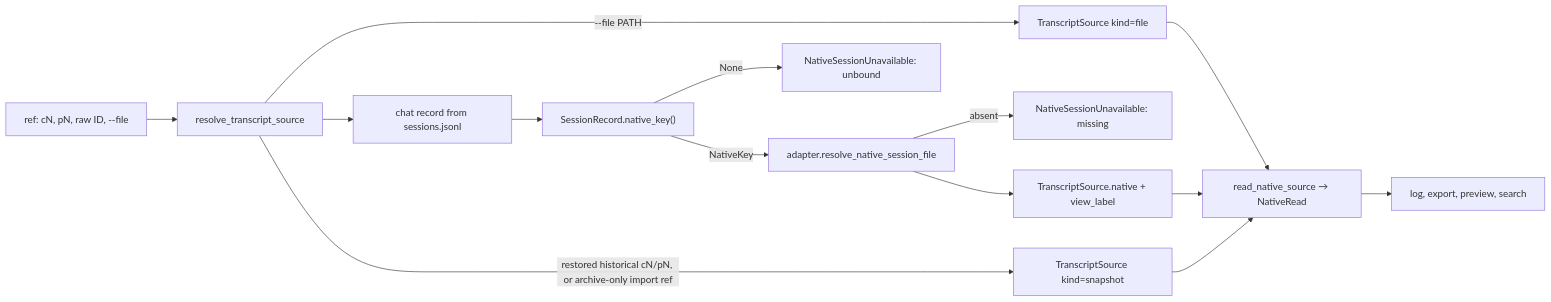
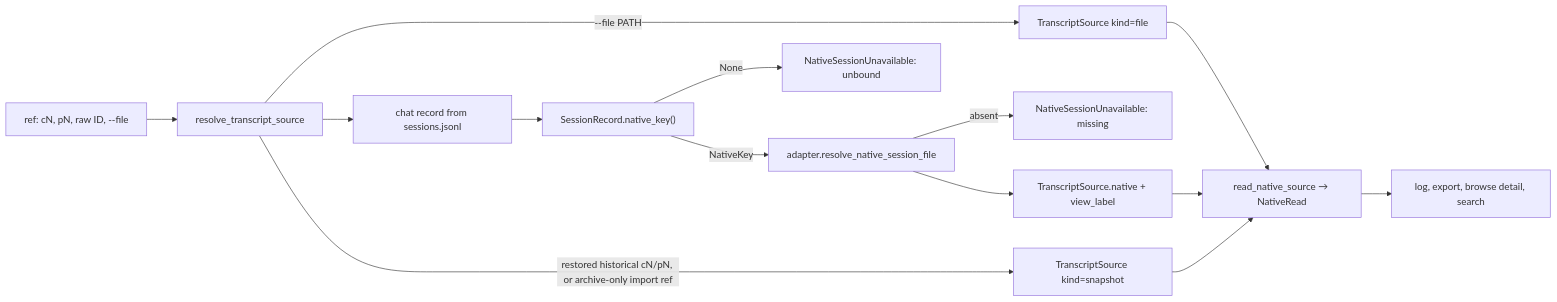
The diagram in kb/architecture/native-transcript-reads.md (haowjy/meridian-cli-kb), drawn with Mermaid before and after one commit. The commit also changed other lines of this file and 20 other files, not shown here.

````diff
--- a/kb/architecture/native-transcript-reads.md
+++ b/kb/architecture/native-transcript-reads.md
@@ -15,16 +15,16 @@
 ```mermaid
 flowchart LR
   REF["ref: cN, pN, raw ID, --file"] --> RES["resolve_transcript_source"]
   RES -->|"--file PATH"| FILE["TranscriptSource kind=file"]
   RES --> CHAT["chat record from sessions.jsonl"]
   RES -->|"restored historical cN/pN, or archive-only import ref"| SNAP["TranscriptSource kind=snapshot"]
   SNAP --> READ
   CHAT --> KEY["SessionRecord.native_key()"]
   KEY -->|None| UNB["NativeSessionUnavailable: unbound"]
   KEY -->|NativeKey| ADP["adapter.resolve_native_session_file"]
   ADP -->|absent| MISS["NativeSessionUnavailable: missing"]
   ADP --> SRC["TranscriptSource.native + view_label"]
   SRC --> READ["read_native_source → NativeRead"]
   FILE --> READ
-  READ --> OUT["log, export, preview, search"]
+  READ --> OUT["log, export, browse detail, search"]
 ```
````
